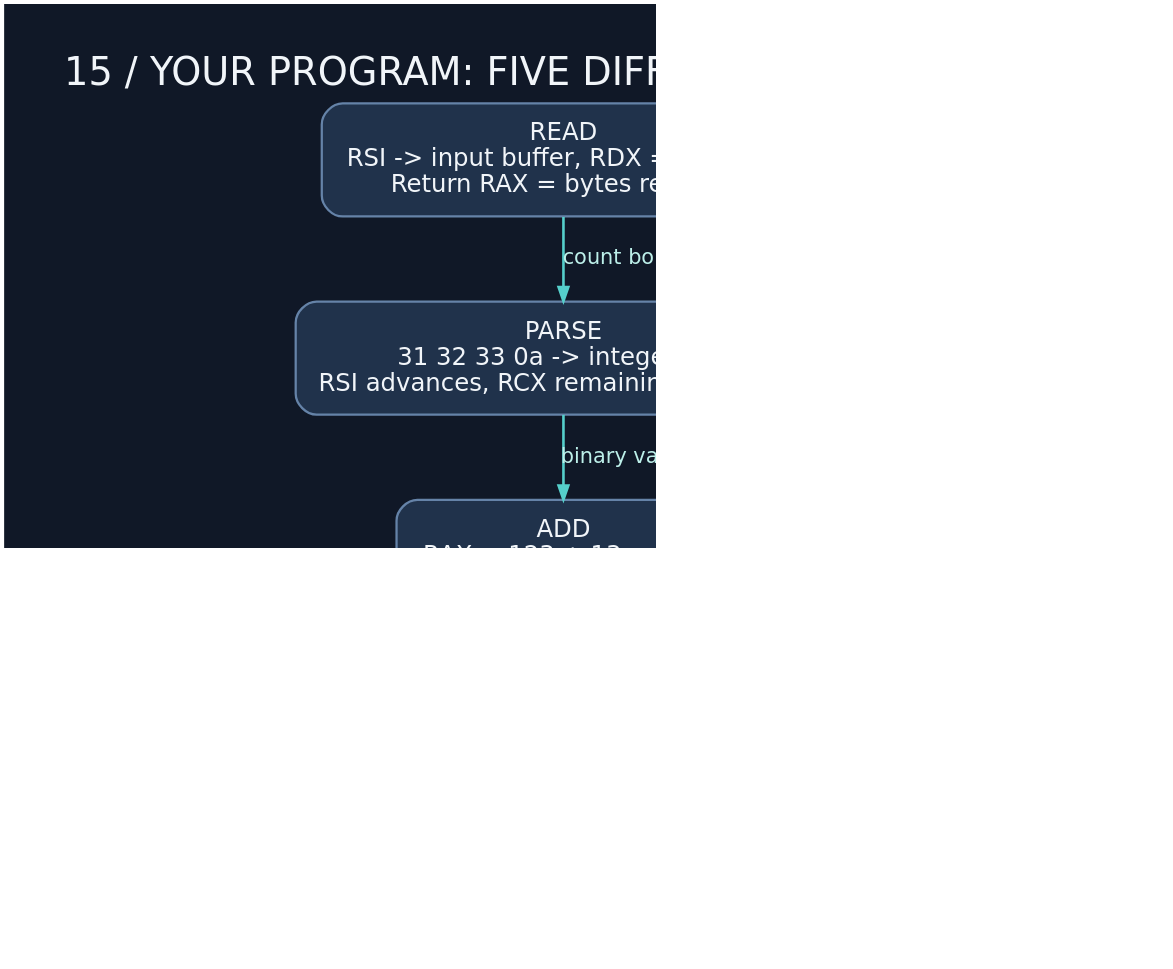
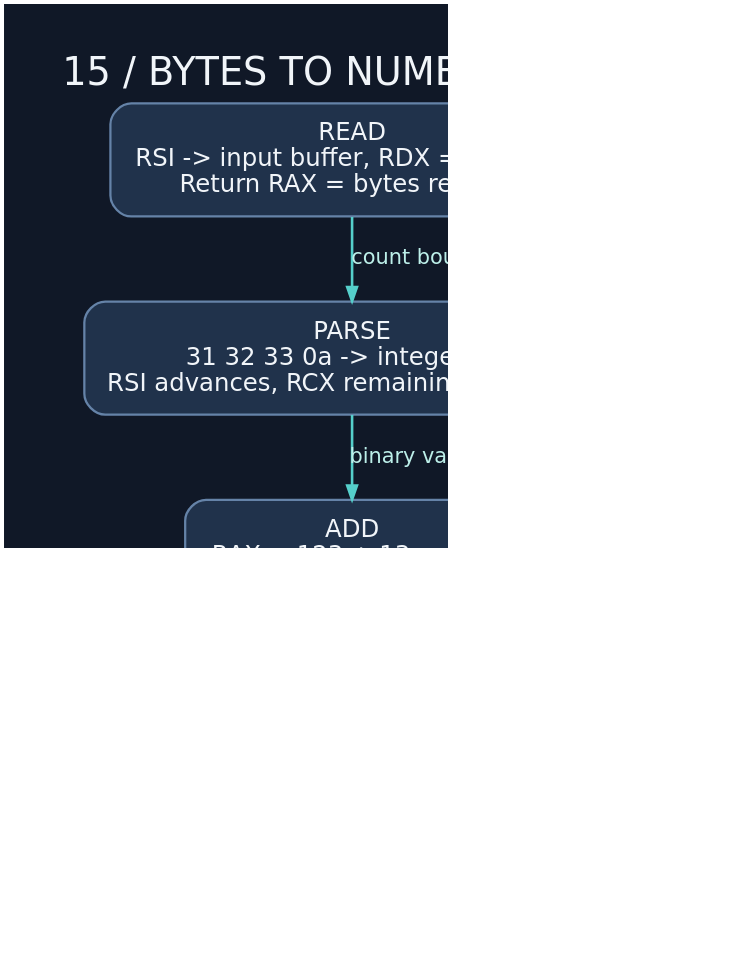
One commit to Crash-sh/ASM changed the diagram in nasm/diagrams/15_input_contracts.dot. Above: the diagram before and after it, drawn with Graphviz. The commit also changed 8 other files, not shown here.

```diff
--- a/nasm/diagrams/15_input_contracts.dot
+++ b/nasm/diagrams/15_input_contracts.dot
@@ -1,18 +1,18 @@
 digraph lesson {
   graph [bgcolor="#101827", fontname="DejaVu Sans", fontsize=22, fontcolor="#f1f5f9", pad=0.35, nodesep=0.35, ranksep=0.5, dpi=135, labelloc=t];
   node [shape=box, style="rounded,filled", fillcolor="#20324b", color="#6583a8", fontcolor="#f1f5f9", fontname="DejaVu Sans", fontsize=14, margin="0.20,0.14", penwidth=1.3];
   edge [color="#55cfcb", fontcolor="#bcefe9", fontname="DejaVu Sans", fontsize=12, arrowsize=0.8, penwidth=1.5];
 
 rankdir=TB;
-label="15 / YOUR PROGRAM: FIVE DIFFERENT REPRESENTATIONS";
+label="15 / BYTES TO NUMBERS AND BACK";
 r [label="READ\nRSI -> input buffer, RDX = capacity\nReturn RAX = bytes read (4)"];
 p [label="PARSE\n31 32 33 0a -> integer 123\nRSI advances, RCX remaining decreases"];
 a [label="ADD\nRAX = 123 + 13 = 136"];
 f [label="FORMAT\nRAX consumed by repeated division\nReturn RSI -> 31 33 36 0a, RDX = 4"];
 w [label="WRITE\nConsumes pointer and byte count\nReturn RAX = bytes written or raw error"];
 r -> p [label="count bounds the loads"];
 p -> a [label="binary value, not digit bytes"];
 a -> f [label="unsigned integer"];
 f -> w [label="contiguous bytes, not qword pushes"];
 
 }
```
